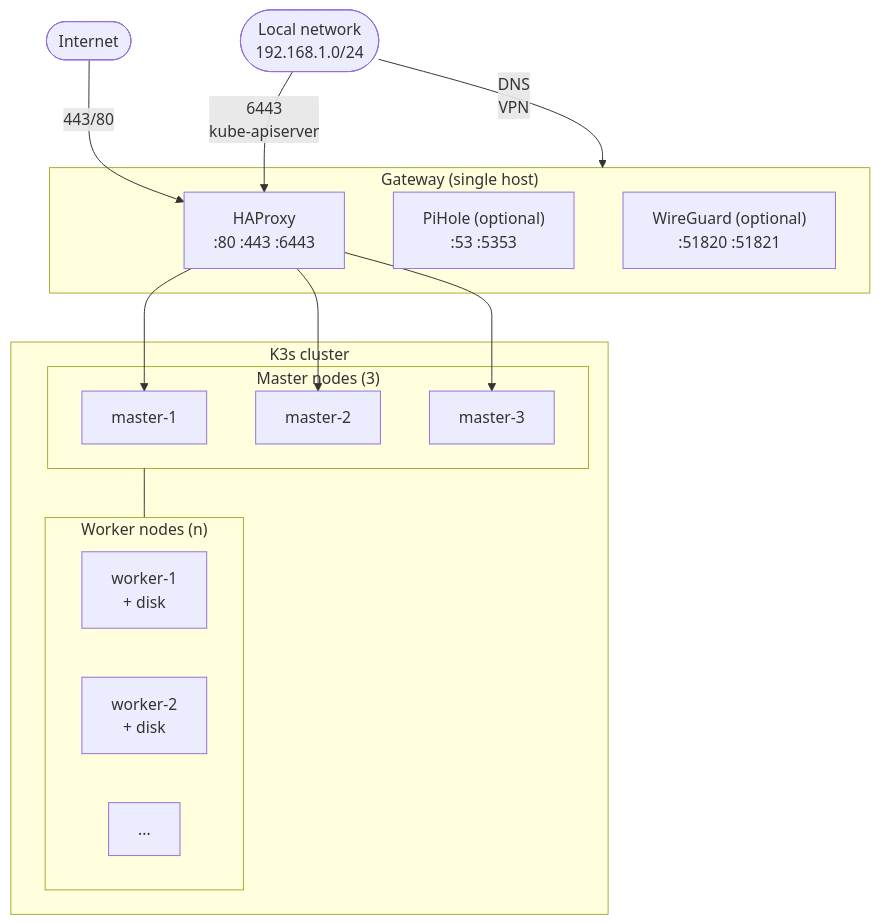
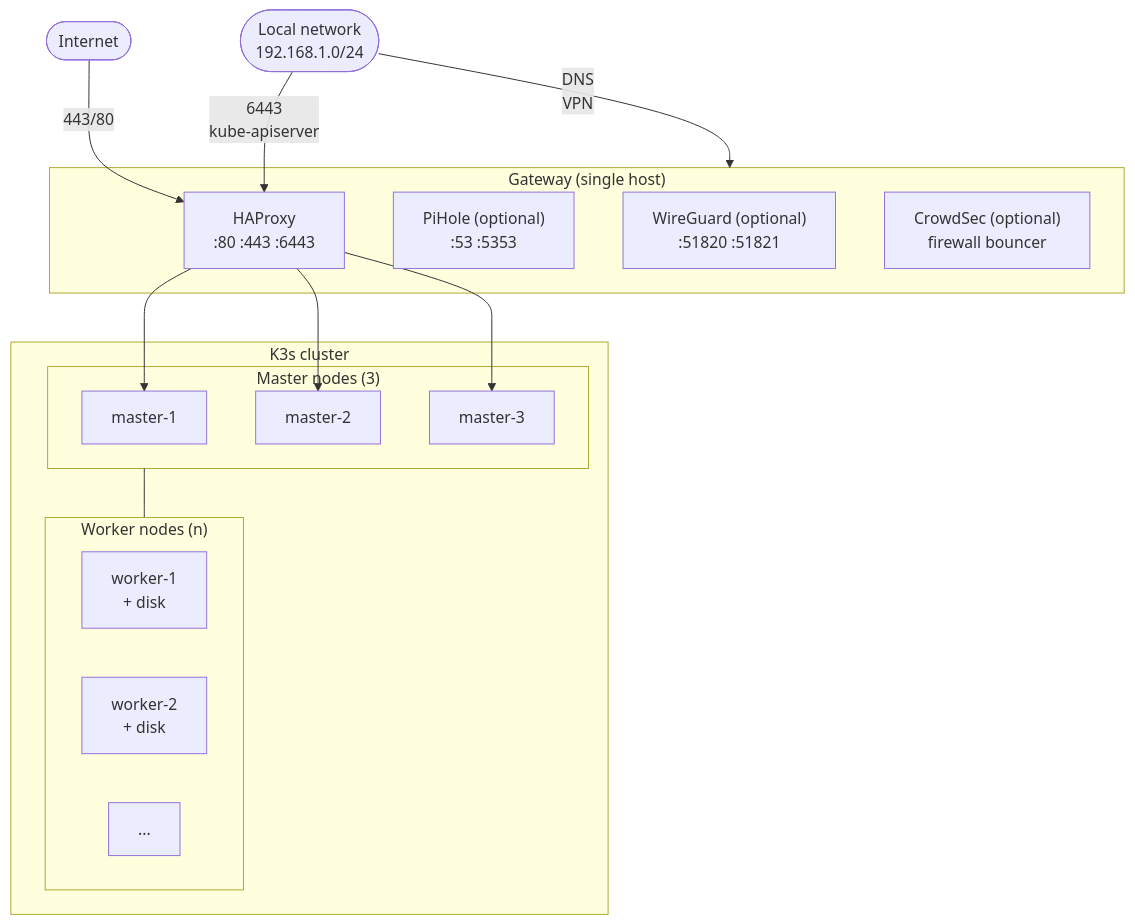
Before and after one commit to this-is-tobi/homelab: the diagram in docs/04-infrastructure.md, drawn with Mermaid. The commit also changed other lines of this file and 29 other files, not shown here.

First line of the commit message:
feat(security): add OS hardening and CrowdSec intrusion detection

````diff
--- a/docs/04-infrastructure.md
+++ b/docs/04-infrastructure.md
@@ -5,32 +5,33 @@
 ```mermaid
 flowchart TB
     internet([Internet])
     lan([Local network<br/>192.168.1.0/24])
 
     subgraph gw["Gateway (single host)"]
         haproxy["HAProxy<br/>:80 :443 :6443"]
         pihole["PiHole (optional)<br/>:53 :5353"]
         wg["WireGuard (optional)<br/>:51820 :51821"]
+        crowdsec["CrowdSec (optional)<br/>firewall bouncer"]
     end
 
     subgraph cluster["K3s cluster"]
         subgraph masters["Master nodes (3)"]
             m1[master-1]
             m2[master-2]
             m3[master-3]
         end
         subgraph workers["Worker nodes (n)"]
             w1[worker-1<br/>+ disk]
             w2[worker-2<br/>+ disk]
             wN[...]
         end
     end
 
     internet -->|443/80| haproxy
     lan -->|6443<br/>kube-apiserver| haproxy
     lan -->|DNS<br/>VPN| gw
     haproxy --> m1
     haproxy --> m2
     haproxy --> m3
     masters --- workers
 ```
````
